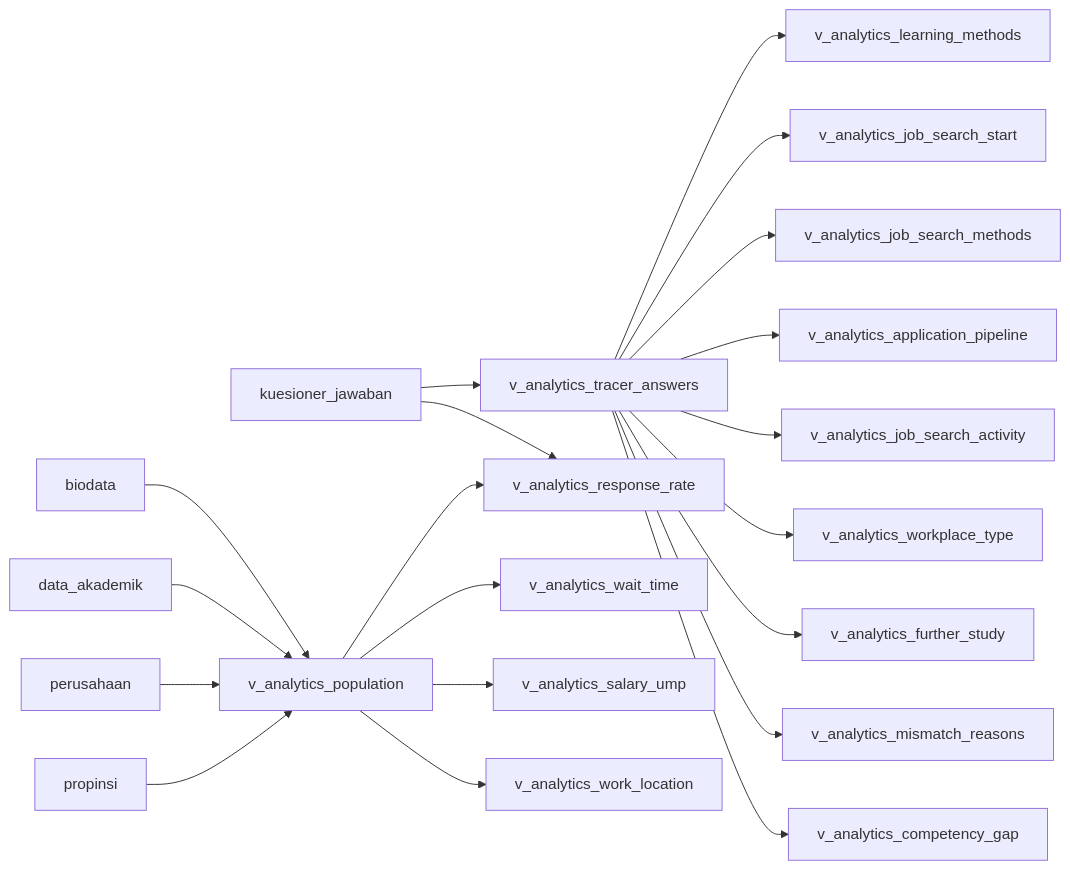
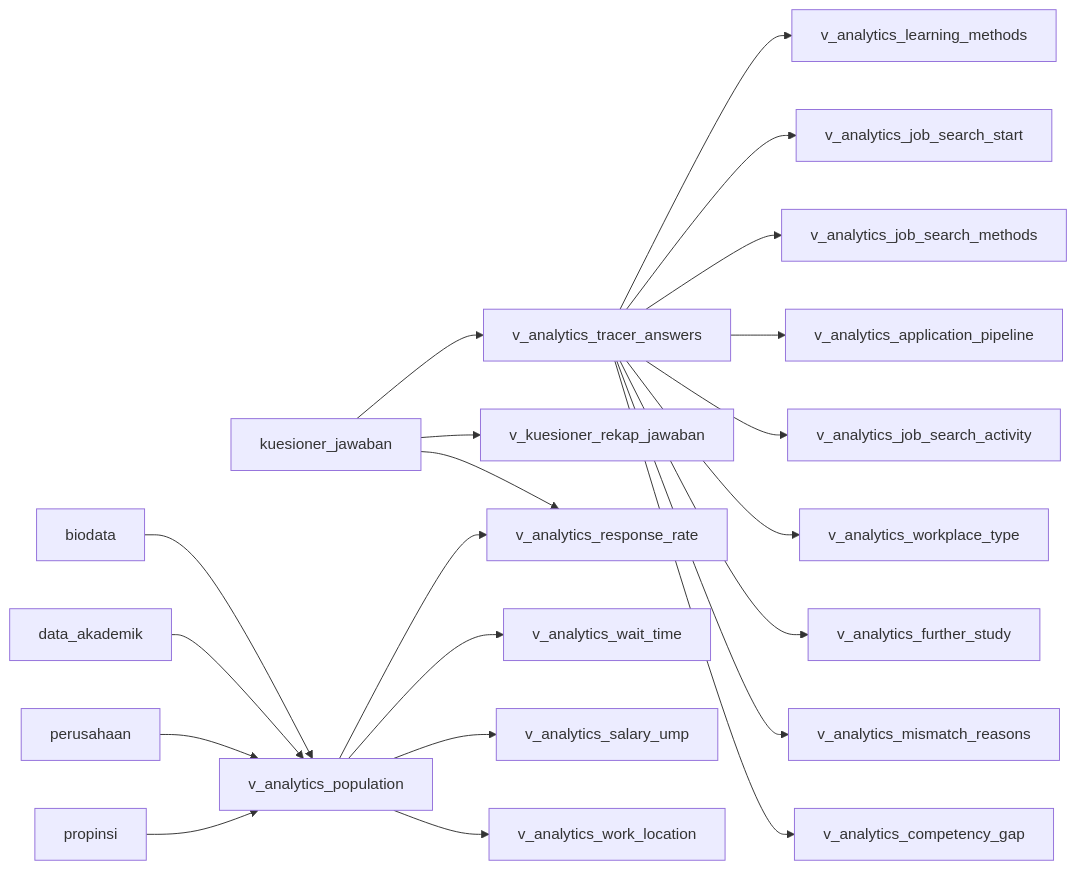
One commit to claraanjelitakd/tugas-akhir changed the ninth of 10 diagrams in ERD.md. Above: the diagram before and after it, drawn with Mermaid. The commit also changed other lines of this file and 10 other files, not shown here.

````diff
--- a/ERD.md
+++ b/ERD.md
@@ -799,22 +849,23 @@
 ```mermaid
 flowchart LR
     KJ[kuesioner_jawaban] --> A[v_analytics_tracer_answers]
+    KJ --> KR[v_kuesioner_rekap_jawaban]
     KJ --> RR[v_analytics_response_rate]
     B[biodata] --> P[v_analytics_population]
     D[data_akademik] --> P
     C[perusahaan] --> P
     R[propinsi] --> P
     P --> RR
     P --> W[v_analytics_wait_time]
     P --> S[v_analytics_salary_ump]
     P --> L[v_analytics_work_location]
     A --> Q1[v_analytics_learning_methods]
     A --> Q2[v_analytics_job_search_start]
     A --> Q3[v_analytics_job_search_methods]
     A --> Q4[v_analytics_application_pipeline]
     A --> Q5[v_analytics_job_search_activity]
     A --> Q6[v_analytics_workplace_type]
     A --> Q7[v_analytics_further_study]
     A --> Q8[v_analytics_mismatch_reasons]
     A --> Q9[v_analytics_competency_gap]
 ```
````
